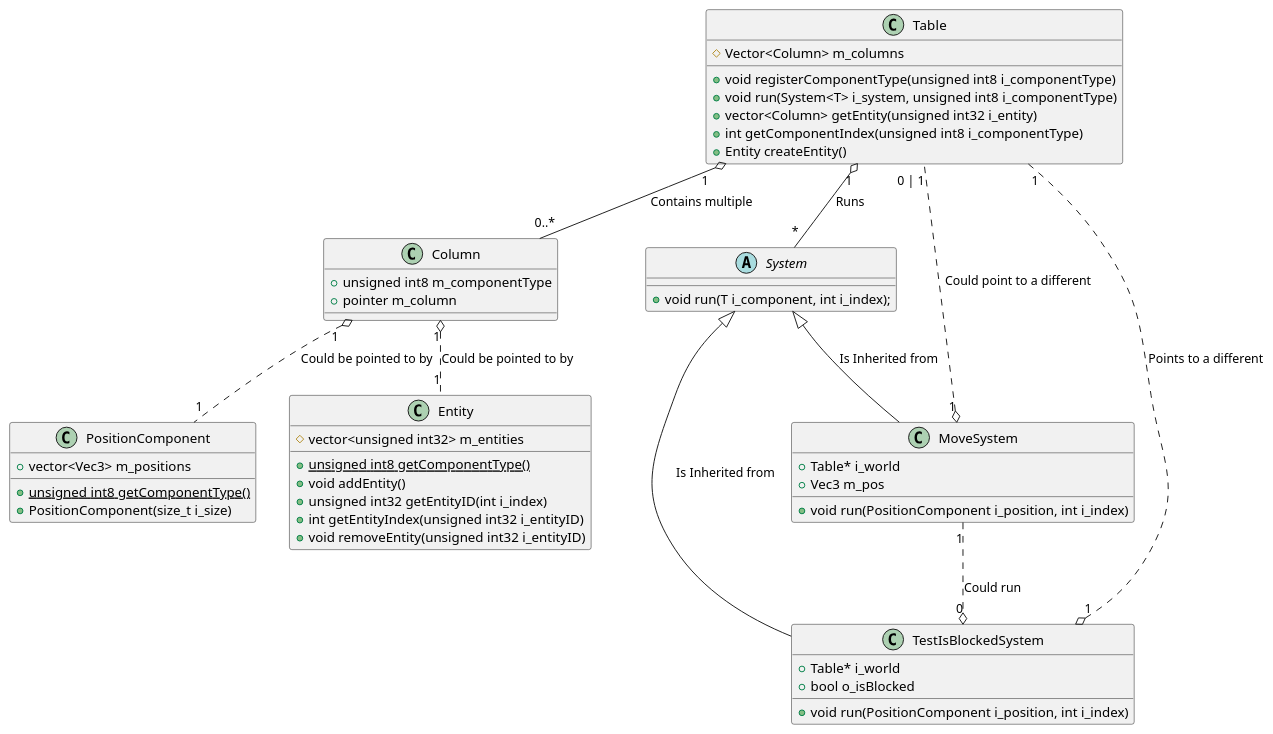
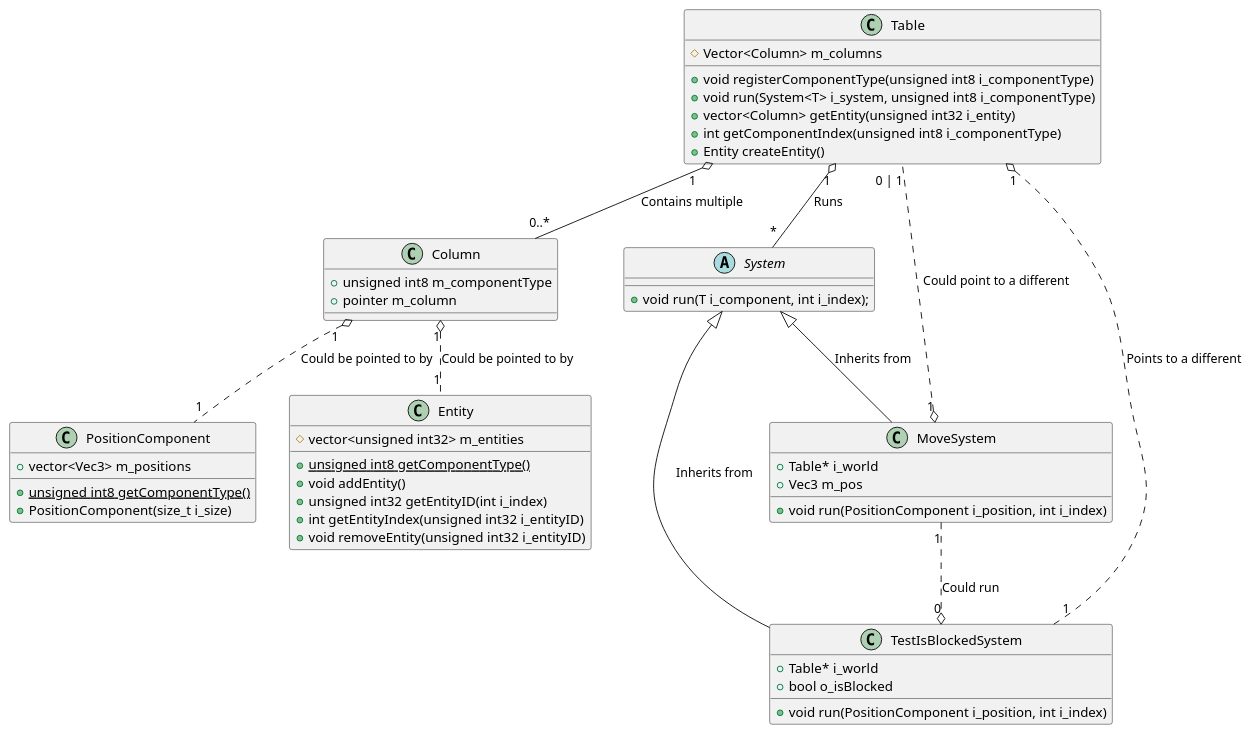
Before and after one commit to NCCA/programming-assignment-supersliser: the diagram in ClassDiagram.md, drawn with PlantUML. The commit also changed 8 other files, not shown here.

```diff
--- a/ClassDiagram.md
+++ b/ClassDiagram.md
@@ -1,60 +1,60 @@
 @startuml
 
 class Table {
 	# Vector<Column> m_columns
 	+ void registerComponentType(unsigned int8 i_componentType)
 	+ void run(System<T> i_system, unsigned int8 i_componentType)
     + vector<Column> getEntity(unsigned int32 i_entity)
     + int getComponentIndex(unsigned int8 i_componentType)
 	+ Entity createEntity()
 }
 
 class Column {
     + unsigned int8 m_componentType
 	+ pointer m_column
 }
 
 class PositionComponent {
 	+ vector<Vec3> m_positions
     + {static} unsigned int8 getComponentType()
 	+ PositionComponent(size_t i_size)
 }
 
 class Entity { 
 	# vector<unsigned int32> m_entities
 	+ {static} unsigned int8 getComponentType()
 	+ void addEntity()
 	+ unsigned int32 getEntityID(int i_index)
 	+ int getEntityIndex(unsigned int32 i_entityID)
 	+ void removeEntity(unsigned int32 i_entityID)
 }
 
 abstract class System {
 	+ void run(T i_component, int i_index);
 }
 
 class MoveSystem {
 	+ void run(PositionComponent i_position, int i_index)
     + Table* i_world
     + Vec3 m_pos
 }
 
 class TestIsBlockedSystem{
     + void run(PositionComponent i_position, int i_index)
     + Table* i_world
     + bool o_isBlocked
 }
 
 
 
 Table "1" o-- "0..*" Column : "Contains multiple"
 Column "1" o.. "1" PositionComponent : "Could be pointed to by"
 Column "1" o.. "1" Entity : "Could be pointed to by"
-System <|-- MoveSystem : "Is Inherited from"
+System <|-- MoveSystem : "Inherits from"
 Table "1" o-- "*" System : "Runs"
-System <|-- TestIsBlockedSystem : "Is Inherited from"
-TestIsBlockedSystem "1" o.. "1" Table : "Points to a different"
+System <|-- TestIsBlockedSystem : "Inherits from"
+TestIsBlockedSystem "1" ..o "1" Table : "Points to a different"
 MoveSystem "1" o.. "0 | 1" Table : "Could point to a different"
 MoveSystem "1" ..o "0" TestIsBlockedSystem : "Could run"
 
 @enduml
```
